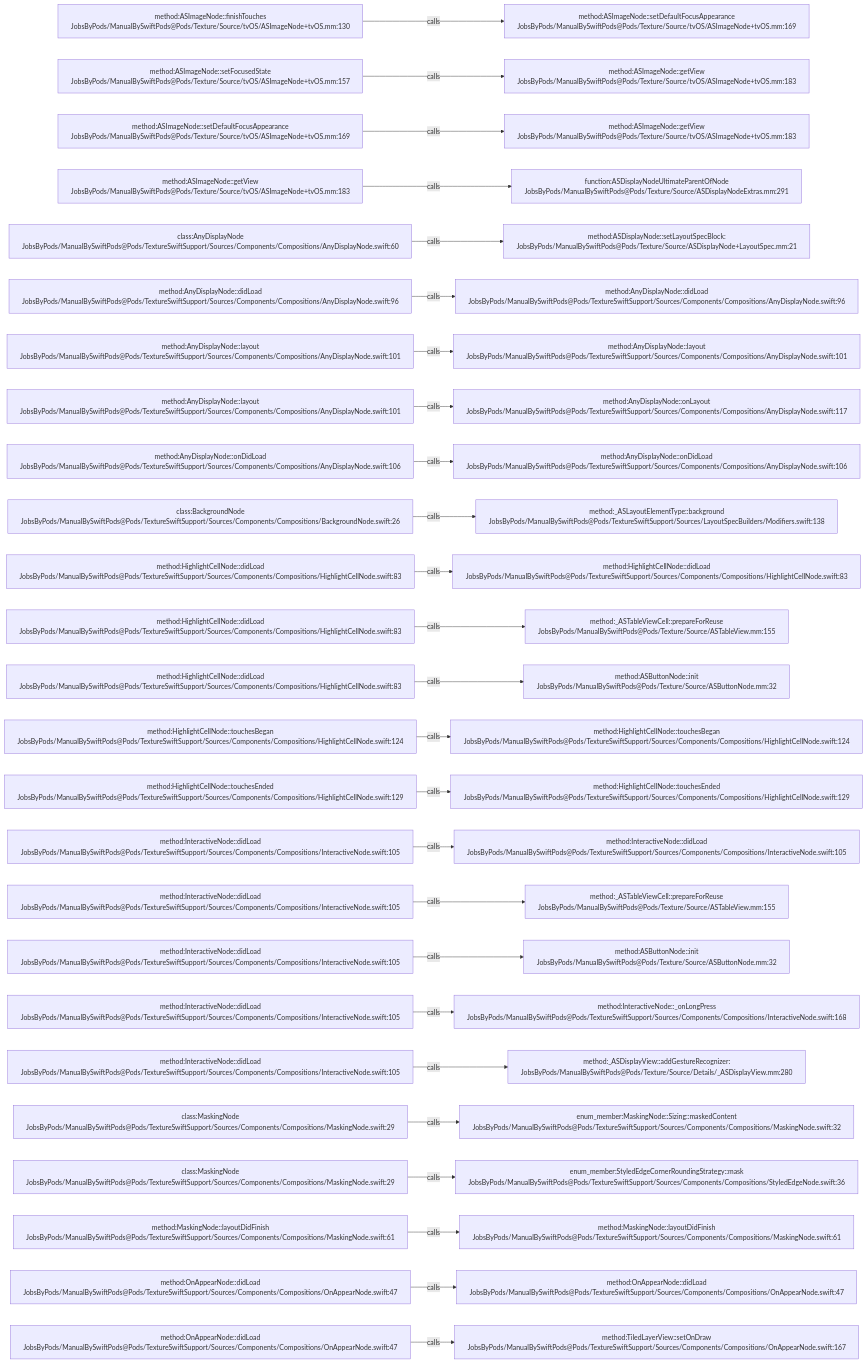
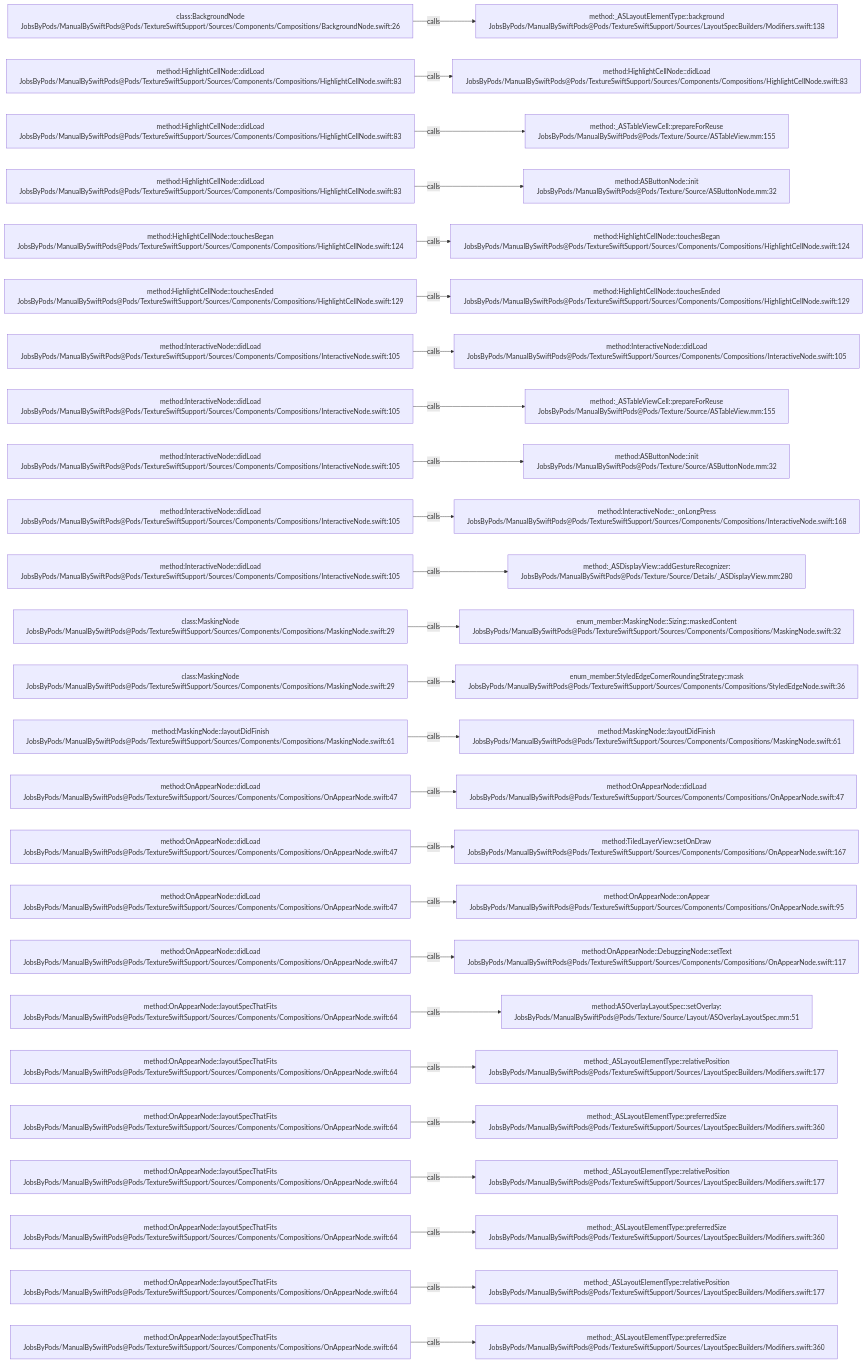
One commit to JobsKits/JobsSwiftBaseConfigDemo changed the diagram in .codegraph/codegraph.md/graphs/calls-153.md. Above: the diagram before and after it, drawn with Mermaid. The commit also changed 707 other files, not shown here.

````diff
--- a/.codegraph/codegraph.md/graphs/calls-153.md
+++ b/.codegraph/codegraph.md/graphs/calls-153.md
@@ -13,78 +13,78 @@
 ```mermaid
 flowchart LR
-  S1["method:ASImageNode::finishTouches<br/>JobsByPods/ManualBySwiftPods@Pods/Texture/Source/tvOS/ASImageNode+tvOS.mm:130"]
-  T1["method:ASImageNode::setDefaultFocusAppearance<br/>JobsByPods/ManualBySwiftPods@Pods/Texture/Source/tvOS/ASImageNode+tvOS.mm:169"]
+  S1["class:BackgroundNode<br/>JobsByPods/ManualBySwiftPods@Pods/TextureSwiftSupport/Sources/Components/Compositions/BackgroundNode.swift:26"]
+  T1["method:_ASLayoutElementType::background<br/>JobsByPods/ManualBySwiftPods@Pods/TextureSwiftSupport/Sources/LayoutSpecBuilders/Modifiers.swift:138"]
   S1 -->|calls| T1
-  S2["method:ASImageNode::setFocusedState<br/>JobsByPods/ManualBySwiftPods@Pods/Texture/Source/tvOS/ASImageNode+tvOS.mm:157"]
-  T2["method:ASImageNode::getView<br/>JobsByPods/ManualBySwiftPods@Pods/Texture/Source/tvOS/ASImageNode+tvOS.mm:183"]
+  S2["method:HighlightCellNode::didLoad<br/>JobsByPods/ManualBySwiftPods@Pods/TextureSwiftSupport/Sources/Components/Compositions/HighlightCellNode.swift:83"]
+  T2["method:HighlightCellNode::didLoad<br/>JobsByPods/ManualBySwiftPods@Pods/TextureSwiftSupport/Sources/Components/Compositions/HighlightCellNode.swift:83"]
   S2 -->|calls| T2
-  S3["method:ASImageNode::setDefaultFocusAppearance<br/>JobsByPods/ManualBySwiftPods@Pods/Texture/Source/tvOS/ASImageNode+tvOS.mm:169"]
-  T3["method:ASImageNode::getView<br/>JobsByPods/ManualBySwiftPods@Pods/Texture/Source/tvOS/ASImageNode+tvOS.mm:183"]
+  S3["method:HighlightCellNode::didLoad<br/>JobsByPods/ManualBySwiftPods@Pods/TextureSwiftSupport/Sources/Components/Compositions/HighlightCellNode.swift:83"]
+  T3["method:_ASTableViewCell::prepareForReuse<br/>JobsByPods/ManualBySwiftPods@Pods/Texture/Source/ASTableView.mm:155"]
   S3 -->|calls| T3
-  S4["method:ASImageNode::getView<br/>JobsByPods/ManualBySwiftPods@Pods/Texture/Source/tvOS/ASImageNode+tvOS.mm:183"]
-  T4["function:ASDisplayNodeUltimateParentOfNode<br/>JobsByPods/ManualBySwiftPods@Pods/Texture/Source/ASDisplayNodeExtras.mm:291"]
+  S4["method:HighlightCellNode::didLoad<br/>JobsByPods/ManualBySwiftPods@Pods/TextureSwiftSupport/Sources/Components/Compositions/HighlightCellNode.swift:83"]
+  T4["method:ASButtonNode::init<br/>JobsByPods/ManualBySwiftPods@Pods/Texture/Source/ASButtonNode.mm:32"]
   S4 -->|calls| T4
-  S5["class:AnyDisplayNode<br/>JobsByPods/ManualBySwiftPods@Pods/TextureSwiftSupport/Sources/Components/Compositions/AnyDisplayNode.swift:60"]
-  T5["method:ASDisplayNode::setLayoutSpecBlock:<br/>JobsByPods/ManualBySwiftPods@Pods/Texture/Source/ASDisplayNode+LayoutSpec.mm:21"]
+  S5["method:HighlightCellNode::touchesBegan<br/>JobsByPods/ManualBySwiftPods@Pods/TextureSwiftSupport/Sources/Components/Compositions/HighlightCellNode.swift:124"]
+  T5["method:HighlightCellNode::touchesBegan<br/>JobsByPods/ManualBySwiftPods@Pods/TextureSwiftSupport/Sources/Components/Compositions/HighlightCellNode.swift:124"]
   S5 -->|calls| T5
-  S6["method:AnyDisplayNode::didLoad<br/>JobsByPods/ManualBySwiftPods@Pods/TextureSwiftSupport/Sources/Components/Compositions/AnyDisplayNode.swift:96"]
-  T6["method:AnyDisplayNode::didLoad<br/>JobsByPods/ManualBySwiftPods@Pods/TextureSwiftSupport/Sources/Components/Compositions/AnyDisplayNode.swift:96"]
+  S6["method:HighlightCellNode::touchesEnded<br/>JobsByPods/ManualBySwiftPods@Pods/TextureSwiftSupport/Sources/Components/Compositions/HighlightCellNode.swift:129"]
+  T6["method:HighlightCellNode::touchesEnded<br/>JobsByPods/ManualBySwiftPods@Pods/TextureSwiftSupport/Sources/Components/Compositions/HighlightCellNode.swift:129"]
   S6 -->|calls| T6
-  S7["method:AnyDisplayNode::layout<br/>JobsByPods/ManualBySwiftPods@Pods/TextureSwiftSupport/Sources/Components/Compositions/AnyDisplayNode.swift:101"]
-  T7["method:AnyDisplayNode::layout<br/>JobsByPods/ManualBySwiftPods@Pods/TextureSwiftSupport/Sources/Components/Compositions/AnyDisplayNode.swift:101"]
+  S7["method:InteractiveNode::didLoad<br/>JobsByPods/ManualBySwiftPods@Pods/TextureSwiftSupport/Sources/Components/Compositions/InteractiveNode.swift:105"]
+  T7["method:InteractiveNode::didLoad<br/>JobsByPods/ManualBySwiftPods@Pods/TextureSwiftSupport/Sources/Components/Compositions/InteractiveNode.swift:105"]
   S7 -->|calls| T7
-  S8["method:AnyDisplayNode::layout<br/>JobsByPods/ManualBySwiftPods@Pods/TextureSwiftSupport/Sources/Components/Compositions/AnyDisplayNode.swift:101"]
-  T8["method:AnyDisplayNode::onLayout<br/>JobsByPods/ManualBySwiftPods@Pods/TextureSwiftSupport/Sources/Components/Compositions/AnyDisplayNode.swift:117"]
+  S8["method:InteractiveNode::didLoad<br/>JobsByPods/ManualBySwiftPods@Pods/TextureSwiftSupport/Sources/Components/Compositions/InteractiveNode.swift:105"]
+  T8["method:_ASTableViewCell::prepareForReuse<br/>JobsByPods/ManualBySwiftPods@Pods/Texture/Source/ASTableView.mm:155"]
   S8 -->|calls| T8
-  S9["method:AnyDisplayNode::onDidLoad<br/>JobsByPods/ManualBySwiftPods@Pods/TextureSwiftSupport/Sources/Components/Compositions/AnyDisplayNode.swift:106"]
-  T9["method:AnyDisplayNode::onDidLoad<br/>JobsByPods/ManualBySwiftPods@Pods/TextureSwiftSupport/Sources/Components/Compositions/AnyDisplayNode.swift:106"]
+  S9["method:InteractiveNode::didLoad<br/>JobsByPods/ManualBySwiftPods@Pods/TextureSwiftSupport/Sources/Components/Compositions/InteractiveNode.swift:105"]
+  T9["method:ASButtonNode::init<br/>JobsByPods/ManualBySwiftPods@Pods/Texture/Source/ASButtonNode.mm:32"]
   S9 -->|calls| T9
-  S10["class:BackgroundNode<br/>JobsByPods/ManualBySwiftPods@Pods/TextureSwiftSupport/Sources/Components/Compositions/BackgroundNode.swift:26"]
-  T10["method:_ASLayoutElementType::background<br/>JobsByPods/ManualBySwiftPods@Pods/TextureSwiftSupport/Sources/LayoutSpecBuilders/Modifiers.swift:138"]
+  S10["method:InteractiveNode::didLoad<br/>JobsByPods/ManualBySwiftPods@Pods/TextureSwiftSupport/Sources/Components/Compositions/InteractiveNode.swift:105"]
+  T10["method:InteractiveNode::_onLongPress<br/>JobsByPods/ManualBySwiftPods@Pods/TextureSwiftSupport/Sources/Components/Compositions/InteractiveNode.swift:168"]
   S10 -->|calls| T10
-  S11["method:HighlightCellNode::didLoad<br/>JobsByPods/ManualBySwiftPods@Pods/TextureSwiftSupport/Sources/Components/Compositions/HighlightCellNode.swift:83"]
-  T11["method:HighlightCellNode::didLoad<br/>JobsByPods/ManualBySwiftPods@Pods/TextureSwiftSupport/Sources/Components/Compositions/HighlightCellNode.swift:83"]
+  S11["method:InteractiveNode::didLoad<br/>JobsByPods/ManualBySwiftPods@Pods/TextureSwiftSupport/Sources/Components/Compositions/InteractiveNode.swift:105"]
+  T11["method:_ASDisplayView::addGestureRecognizer:<br/>JobsByPods/ManualBySwiftPods@Pods/Texture/Source/Details/_ASDisplayView.mm:280"]
   S11 -->|calls| T11
-  S12["method:HighlightCellNode::didLoad<br/>JobsByPods/ManualBySwiftPods@Pods/TextureSwiftSupport/Sources/Components/Compositions/HighlightCellNode.swift:83"]
-  T12["method:_ASTableViewCell::prepareForReuse<br/>JobsByPods/ManualBySwiftPods@Pods/Texture/Source/ASTableView.mm:155"]
+  S12["class:MaskingNode<br/>JobsByPods/ManualBySwiftPods@Pods/TextureSwiftSupport/Sources/Components/Compositions/MaskingNode.swift:29"]
+  T12["enum_member:MaskingNode::Sizing::maskedContent<br/>JobsByPods/ManualBySwiftPods@Pods/TextureSwiftSupport/Sources/Components/Compositions/MaskingNode.swift:32"]
   S12 -->|calls| T12
-  S13["method:HighlightCellNode::didLoad<br/>JobsByPods/ManualBySwiftPods@Pods/TextureSwiftSupport/Sources/Components/Compositions/HighlightCellNode.swift:83"]
-  T13["method:ASButtonNode::init<br/>JobsByPods/ManualBySwiftPods@Pods/Texture/Source/ASButtonNode.mm:32"]
+  S13["class:MaskingNode<br/>JobsByPods/ManualBySwiftPods@Pods/TextureSwiftSupport/Sources/Components/Compositions/MaskingNode.swift:29"]
+  T13["enum_member:StyledEdgeCornerRoundingStrategy::mask<br/>JobsByPods/ManualBySwiftPods@Pods/TextureSwiftSupport/Sources/Components/Compositions/StyledEdgeNode.swift:36"]
   S13 -->|calls| T13
-  S14["method:HighlightCellNode::touchesBegan<br/>JobsByPods/ManualBySwiftPods@Pods/TextureSwiftSupport/Sources/Components/Compositions/HighlightCellNode.swift:124"]
-  T14["method:HighlightCellNode::touchesBegan<br/>JobsByPods/ManualBySwiftPods@Pods/TextureSwiftSupport/Sources/Components/Compositions/HighlightCellNode.swift:124"]
+  S14["method:MaskingNode::layoutDidFinish<br/>JobsByPods/ManualBySwiftPods@Pods/TextureSwiftSupport/Sources/Components/Compositions/MaskingNode.swift:61"]
+  T14["method:MaskingNode::layoutDidFinish<br/>JobsByPods/ManualBySwiftPods@Pods/TextureSwiftSupport/Sources/Components/Compositions/MaskingNode.swift:61"]
   S14 -->|calls| T14
-  S15["method:HighlightCellNode::touchesEnded<br/>JobsByPods/ManualBySwiftPods@Pods/TextureSwiftSupport/Sources/Components/Compositions/HighlightCellNode.swift:129"]
-  T15["method:HighlightCellNode::touchesEnded<br/>JobsByPods/ManualBySwiftPods@Pods/TextureSwiftSupport/Sources/Components/Compositions/HighlightCellNode.swift:129"]
+  S15["method:OnAppearNode::didLoad<br/>JobsByPods/ManualBySwiftPods@Pods/TextureSwiftSupport/Sources/Components/Compositions/OnAppearNode.swift:47"]
+  T15["method:OnAppearNode::didLoad<br/>JobsByPods/ManualBySwiftPods@Pods/TextureSwiftSupport/Sources/Components/Compositions/OnAppearNode.swift:47"]
   S15 -->|calls| T15
-  S16["method:InteractiveNode::didLoad<br/>JobsByPods/ManualBySwiftPods@Pods/TextureSwiftSupport/Sources/Components/Compositions/InteractiveNode.swift:105"]
-  T16["method:InteractiveNode::didLoad<br/>JobsByPods/ManualBySwiftPods@Pods/TextureSwiftSupport/Sources/Components/Compositions/InteractiveNode.swift:105"]
+  S16["method:OnAppearNode::didLoad<br/>JobsByPods/ManualBySwiftPods@Pods/TextureSwiftSupport/Sources/Components/Compositions/OnAppearNode.swift:47"]
+  T16["method:TiledLayerView::setOnDraw<br/>JobsByPods/ManualBySwiftPods@Pods/TextureSwiftSupport/Sources/Components/Compositions/OnAppearNode.swift:167"]
   S16 -->|calls| T16
-  S17["method:InteractiveNode::didLoad<br/>JobsByPods/ManualBySwiftPods@Pods/TextureSwiftSupport/Sources/Components/Compositions/InteractiveNode.swift:105"]
-  T17["method:_ASTableViewCell::prepareForReuse<br/>JobsByPods/ManualBySwiftPods@Pods/Texture/Source/ASTableView.mm:155"]
+  S17["method:OnAppearNode::didLoad<br/>JobsByPods/ManualBySwiftPods@Pods/TextureSwiftSupport/Sources/Components/Compositions/OnAppearNode.swift:47"]
+  T17["method:OnAppearNode::onAppear<br/>JobsByPods/ManualBySwiftPods@Pods/TextureSwiftSupport/Sources/Components/Compositions/OnAppearNode.swift:95"]
   S17 -->|calls| T17
-  S18["method:InteractiveNode::didLoad<br/>JobsByPods/ManualBySwiftPods@Pods/TextureSwiftSupport/Sources/Components/Compositions/InteractiveNode.swift:105"]
-  T18["method:ASButtonNode::init<br/>JobsByPods/ManualBySwiftPods@Pods/Texture/Source/ASButtonNode.mm:32"]
+  S18["method:OnAppearNode::didLoad<br/>JobsByPods/ManualBySwiftPods@Pods/TextureSwiftSupport/Sources/Components/Compositions/OnAppearNode.swift:47"]
+  T18["method:OnAppearNode::DebuggingNode::setText<br/>JobsByPods/ManualBySwiftPods@Pods/TextureSwiftSupport/Sources/Components/Compositions/OnAppearNode.swift:117"]
   S18 -->|calls| T18
-  S19["method:InteractiveNode::didLoad<br/>JobsByPods/ManualBySwiftPods@Pods/TextureSwiftSupport/Sources/Components/Compositions/InteractiveNode.swift:105"]
-  T19["method:InteractiveNode::_onLongPress<br/>JobsByPods/ManualBySwiftPods@Pods/TextureSwiftSupport/Sources/Components/Compositions/InteractiveNode.swift:168"]
+  S19["method:OnAppearNode::layoutSpecThatFits<br/>JobsByPods/ManualBySwiftPods@Pods/TextureSwiftSupport/Sources/Components/Compositions/OnAppearNode.swift:64"]
+  T19["method:ASOverlayLayoutSpec::setOverlay:<br/>JobsByPods/ManualBySwiftPods@Pods/Texture/Source/Layout/ASOverlayLayoutSpec.mm:51"]
   S19 -->|calls| T19
-  S20["method:InteractiveNode::didLoad<br/>JobsByPods/ManualBySwiftPods@Pods/TextureSwiftSupport/Sources/Components/Compositions/InteractiveNode.swift:105"]
-  T20["method:_ASDisplayView::addGestureRecognizer:<br/>JobsByPods/ManualBySwiftPods@Pods/Texture/Source/Details/_ASDisplayView.mm:280"]
+  S20["method:OnAppearNode::layoutSpecThatFits<br/>JobsByPods/ManualBySwiftPods@Pods/TextureSwiftSupport/Sources/Components/Compositions/OnAppearNode.swift:64"]
+  T20["method:_ASLayoutElementType::relativePosition<br/>JobsByPods/ManualBySwiftPods@Pods/TextureSwiftSupport/Sources/LayoutSpecBuilders/Modifiers.swift:177"]
   S20 -->|calls| T20
-  S21["class:MaskingNode<br/>JobsByPods/ManualBySwiftPods@Pods/TextureSwiftSupport/Sources/Components/Compositions/MaskingNode.swift:29"]
-  T21["enum_member:MaskingNode::Sizing::maskedContent<br/>JobsByPods/ManualBySwiftPods@Pods/TextureSwiftSupport/Sources/Components/Compositions/MaskingNode.swift:32"]
+  S21["method:OnAppearNode::layoutSpecThatFits<br/>JobsByPods/ManualBySwiftPods@Pods/TextureSwiftSupport/Sources/Components/Compositions/OnAppearNode.swift:64"]
+  T21["method:_ASLayoutElementType::preferredSize<br/>JobsByPods/ManualBySwiftPods@Pods/TextureSwiftSupport/Sources/LayoutSpecBuilders/Modifiers.swift:360"]
   S21 -->|calls| T21
-  S22["class:MaskingNode<br/>JobsByPods/ManualBySwiftPods@Pods/TextureSwiftSupport/Sources/Components/Compositions/MaskingNode.swift:29"]
-  T22["enum_member:StyledEdgeCornerRoundingStrategy::mask<br/>JobsByPods/ManualBySwiftPods@Pods/TextureSwiftSupport/Sources/Components/Compositions/StyledEdgeNode.swift:36"]
+  S22["method:OnAppearNode::layoutSpecThatFits<br/>JobsByPods/ManualBySwiftPods@Pods/TextureSwiftSupport/Sources/Components/Compositions/OnAppearNode.swift:64"]
+  T22["method:_ASLayoutElementType::relativePosition<br/>JobsByPods/ManualBySwiftPods@Pods/TextureSwiftSupport/Sources/LayoutSpecBuilders/Modifiers.swift:177"]
   S22 -->|calls| T22
-  S23["method:MaskingNode::layoutDidFinish<br/>JobsByPods/ManualBySwiftPods@Pods/TextureSwiftSupport/Sources/Components/Compositions/MaskingNode.swift:61"]
-  T23["method:MaskingNode::layoutDidFinish<br/>JobsByPods/ManualBySwiftPods@Pods/TextureSwiftSupport/Sources/Components/Compositions/MaskingNode.swift:61"]
+  S23["method:OnAppearNode::layoutSpecThatFits<br/>JobsByPods/ManualBySwiftPods@Pods/TextureSwiftSupport/Sources/Components/Compositions/OnAppearNode.swift:64"]
+  T23["method:_ASLayoutElementType::preferredSize<br/>JobsByPods/ManualBySwiftPods@Pods/TextureSwiftSupport/Sources/LayoutSpecBuilders/Modifiers.swift:360"]
   S23 -->|calls| T23
-  S24["method:OnAppearNode::didLoad<br/>JobsByPods/ManualBySwiftPods@Pods/TextureSwiftSupport/Sources/Components/Compositions/OnAppearNode.swift:47"]
-  T24["method:OnAppearNode::didLoad<br/>JobsByPods/ManualBySwiftPods@Pods/TextureSwiftSupport/Sources/Components/Compositions/OnAppearNode.swift:47"]
+  S24["method:OnAppearNode::layoutSpecThatFits<br/>JobsByPods/ManualBySwiftPods@Pods/TextureSwiftSupport/Sources/Components/Compositions/OnAppearNode.swift:64"]
+  T24["method:_ASLayoutElementType::relativePosition<br/>JobsByPods/ManualBySwiftPods@Pods/TextureSwiftSupport/Sources/LayoutSpecBuilders/Modifiers.swift:177"]
   S24 -->|calls| T24
-  S25["method:OnAppearNode::didLoad<br/>JobsByPods/ManualBySwiftPods@Pods/TextureSwiftSupport/Sources/Components/Compositions/OnAppearNode.swift:47"]
-  T25["method:TiledLayerView::setOnDraw<br/>JobsByPods/ManualBySwiftPods@Pods/TextureSwiftSupport/Sources/Components/Compositions/OnAppearNode.swift:167"]
+  S25["method:OnAppearNode::layoutSpecThatFits<br/>JobsByPods/ManualBySwiftPods@Pods/TextureSwiftSupport/Sources/Components/Compositions/OnAppearNode.swift:64"]
+  T25["method:_ASLayoutElementType::preferredSize<br/>JobsByPods/ManualBySwiftPods@Pods/TextureSwiftSupport/Sources/LayoutSpecBuilders/Modifiers.swift:360"]
   S25 -->|calls| T25
 ```
````
